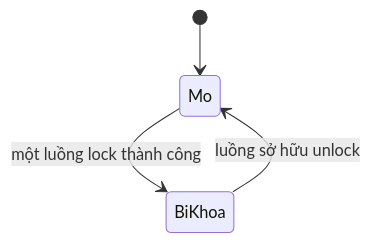
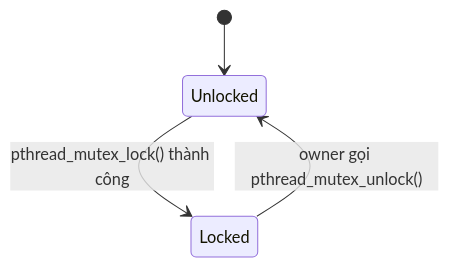
One commit to hai-kevins/embedded-linux changed the first of 3 diagrams in phase-01/README-topic-07.md. Above: the diagram before and after it, drawn with Mermaid. The commit also changed other lines of this file and 8 other files, not shown here.

````diff
--- a/phase-01/README-topic-07.md
+++ b/phase-01/README-topic-07.md
@@ -270,6 +270,9 @@
 ```mermaid
 stateDiagram-v2
-    [*] --> Mo
-    Mo --> BiKhoa: một luồng lock thành công
-    BiKhoa --> Mo: luồng sở hữu unlock
+    state "Unlocked" as Unlocked
+    state "Locked" as Locked
+
+    [*] --> Unlocked
+    Unlocked --> Locked: pthread_mutex_lock() thành công
+    Locked --> Unlocked: owner gọi pthread_mutex_unlock()
 ```
````
